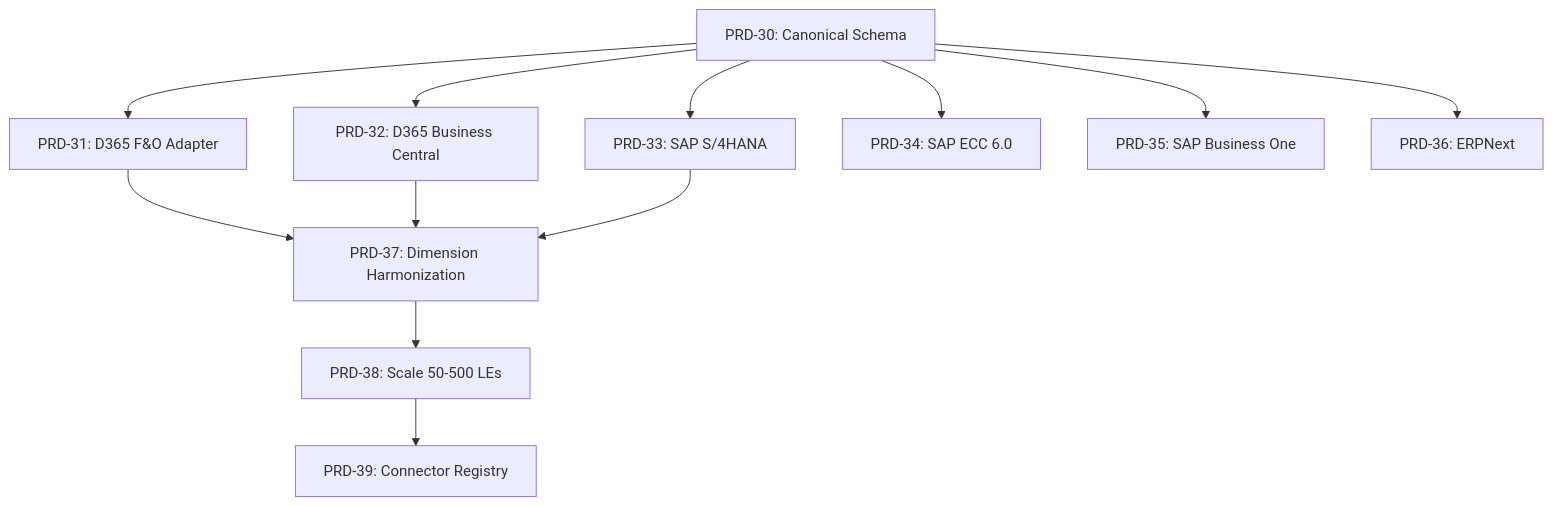
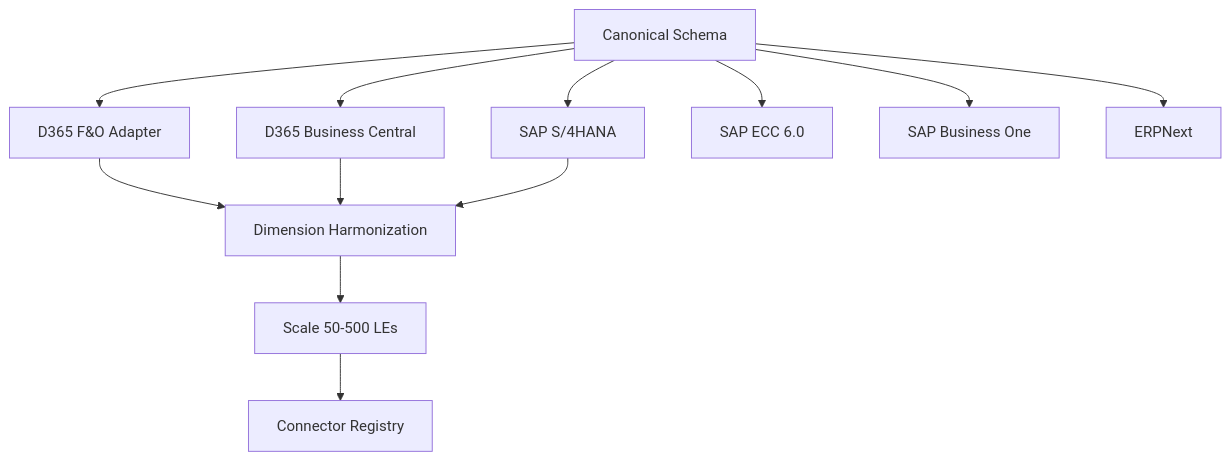
One commit to grynn-in/konsolidat changed the diagram in docs/reference/roadmap.md. Above: the diagram before and after it, drawn with Mermaid. The commit also changed other lines of this file and 17 other files, not shown here.

````diff
--- a/docs/reference/roadmap.md
+++ b/docs/reference/roadmap.md
@@ -143,25 +143,14 @@
 ```mermaid
 graph TD
-    PRD30[PRD-30: Canonical Schema]
-    PRD31[PRD-31: D365 F&O Adapter]
-    PRD32[PRD-32: D365 Business Central]
-    PRD33[PRD-33: SAP S/4HANA]
-    PRD34[PRD-34: SAP ECC 6.0]
-    PRD35[PRD-35: SAP Business One]
-    PRD36[PRD-36: ERPNext]
-    PRD37[PRD-37: Dimension Harmonization]
-    PRD38[PRD-38: Scale 50-500 LEs]
-    PRD39[PRD-39: Connector Registry]
-
-    PRD30 --> PRD31
-    PRD30 --> PRD32
-    PRD30 --> PRD33
-    PRD30 --> PRD34
-    PRD30 --> PRD35
-    PRD30 --> PRD36
-    PRD31 --> PRD37
-    PRD32 --> PRD37
-    PRD33 --> PRD37
-    PRD37 --> PRD38
-    PRD38 --> PRD39
+    A[Canonical Schema] --> B[D365 F&O Adapter]
+    A --> C[D365 Business Central]
+    A --> D[SAP S/4HANA]
+    A --> E[SAP ECC 6.0]
+    A --> F[SAP Business One]
+    A --> G[ERPNext]
+    B --> H[Dimension Harmonization]
+    C --> H
+    D --> H
+    H --> I[Scale 50-500 LEs]
+    I --> J[Connector Registry]
 ```
````
